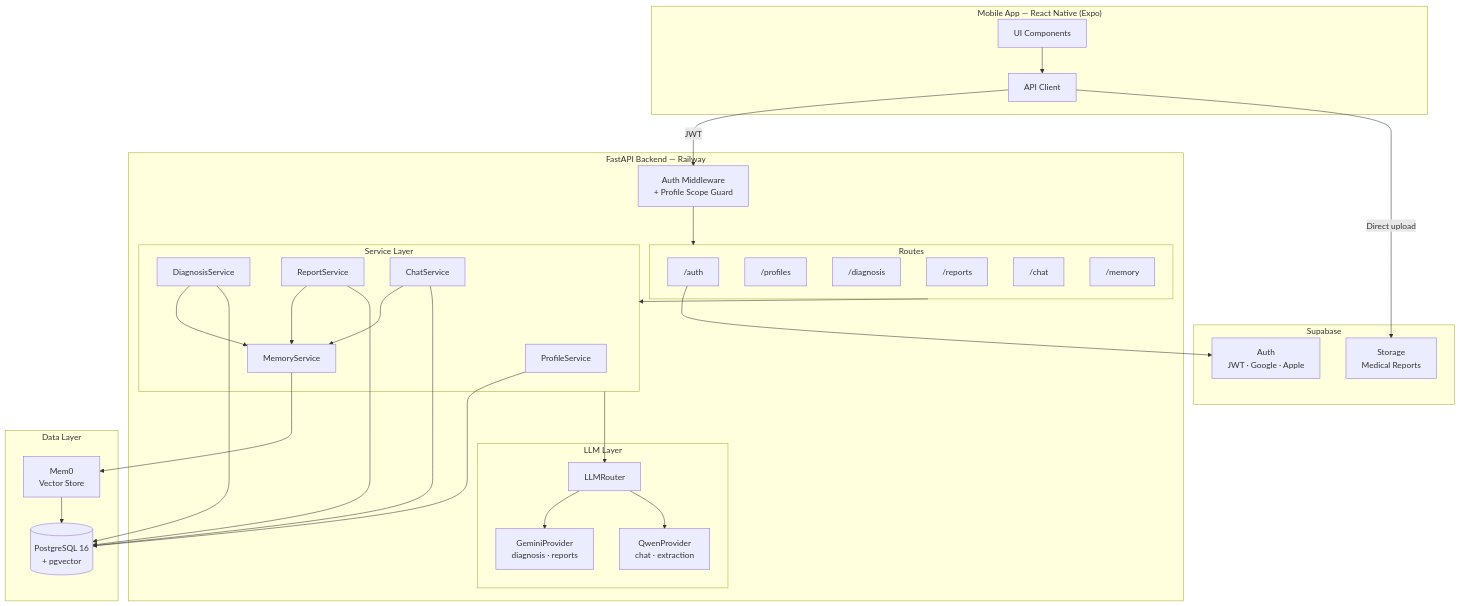
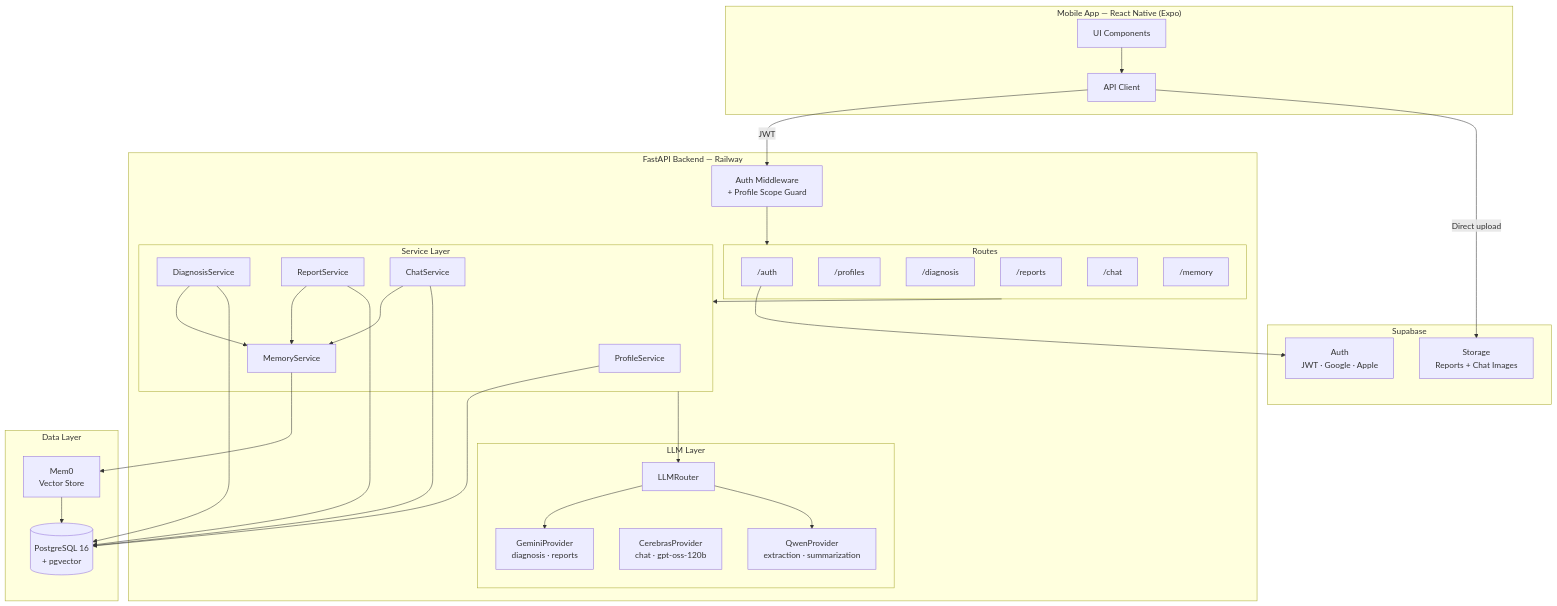
The first of 6 diagrams in docs/ARCHITECTURE.md (ArthurZhang2408/familyhealth-ai), drawn with Mermaid before and after one commit. The commit also changed other lines of this file and 2 other files, not shown here.

First line of the commit message:
docs: update for rich message persistence, Cerebras, and diagnosis workflow

````diff
--- a/docs/ARCHITECTURE.md
+++ b/docs/ARCHITECTURE.md
@@ -17,66 +17,67 @@
 ```mermaid
 graph TB
     subgraph Mobile["Mobile App — React Native (Expo)"]
         UI[UI Components]
         AC[API Client]
     end
 
     subgraph Supabase["Supabase"]
         SA[Auth<br/>JWT · Google · Apple]
-        SS[Storage<br/>Medical Reports]
+        SS[Storage<br/>Reports + Chat Images]
     end
 
     subgraph Backend["FastAPI Backend — Railway"]
         MW[Auth Middleware<br/>+ Profile Scope Guard]
 
         subgraph Routes["Routes"]
             R_AUTH["/auth"]
             R_PROF["/profiles"]
             R_DIAG["/diagnosis"]
             R_RPT["/reports"]
             R_CHAT["/chat"]
             R_MEM["/memory"]
         end
 
         subgraph Services["Service Layer"]
             PROF_SVC[ProfileService]
             DIAG_SVC[DiagnosisService]
             RPT_SVC[ReportService]
             CHAT_SVC[ChatService]
             MEM_SVC[MemoryService]
         end
 
         subgraph LLM["LLM Layer"]
             ROUTER[LLMRouter]
             GEMINI[GeminiProvider<br/>diagnosis · reports]
-            QWEN[QwenProvider<br/>chat · extraction]
+            CEREBRAS[CerebrasProvider<br/>chat · gpt-oss-120b]
+            QWEN[QwenProvider<br/>extraction · summarization]
         end
     end
 
     subgraph Data["Data Layer"]
         PG[(PostgreSQL 16<br/>+ pgvector)]
         MEM0[Mem0<br/>Vector Store]
     end
 
     UI --> AC
     AC -->|JWT| MW
     AC -->|Direct upload| SS
     MW --> Routes
     R_AUTH --> SA
     Routes --> Services
 
     DIAG_SVC --> MEM_SVC
     CHAT_SVC --> MEM_SVC
     RPT_SVC --> MEM_SVC
     MEM_SVC --> MEM0
     MEM0 --> PG
 
     Services --> ROUTER
     ROUTER --> GEMINI
     ROUTER --> QWEN
 
     PROF_SVC --> PG
     DIAG_SVC --> PG
     RPT_SVC --> PG
     CHAT_SVC --> PG
 ```
````
